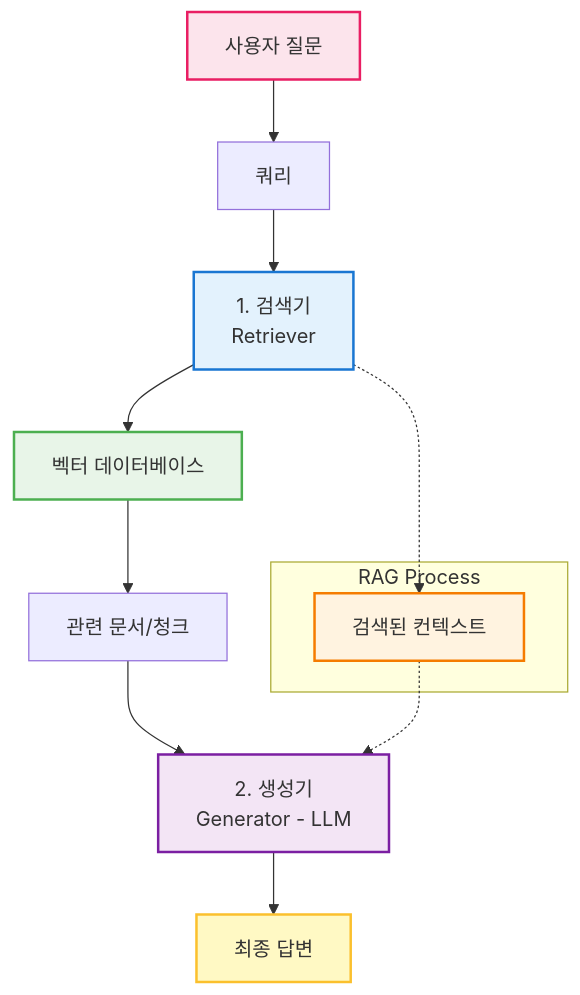
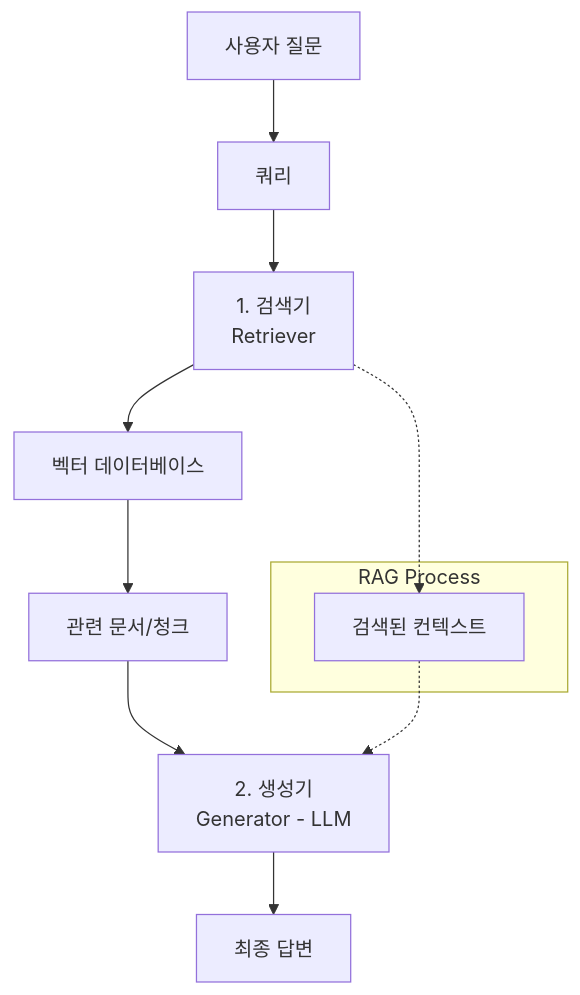
The diagram in docs/4-대규모-언어-모델-llm/4-4-응용-and-태스크/question-answering-and-retrieval-qa.md (harimkang/ai-engineer-guide), drawn with Mermaid before and after one commit. The commit also changed 45 other files, not shown here.

````diff
--- a/docs/4-대규모-언어-모델-llm/4-4-응용-and-태스크/question-answering-and-retrieval-qa.md
+++ b/docs/4-대규모-언어-모델-llm/4-4-응용-and-태스크/question-answering-and-retrieval-qa.md
@@ -30,23 +30,16 @@
 ```mermaid
 graph TD
     User[사용자 질문] --> Query[쿼리]
     Query --> Retriever[1. 검색기<br/>Retriever]
     Retriever --> VectorDB[벡터 데이터베이스]
     VectorDB --> RelevantDocs[관련 문서/청크]
     RelevantDocs --> Generator[2. 생성기<br/>Generator - LLM]
     Generator --> Answer[최종 답변]
 
     subgraph "RAG Process"
         Context[검색된 컨텍스트]
     end
 
     Retriever -.-> Context
     Context -.-> Generator
-
-    style User fill:#fce4ec,stroke:#e91e63,stroke-width:2px
-    style Retriever fill:#e3f2fd,stroke:#1976d2,stroke-width:2px
-    style VectorDB fill:#e8f5e8,stroke:#4caf50,stroke-width:2px
-    style Generator fill:#f3e5f5,stroke:#7b1fa2,stroke-width:2px
-    style Answer fill:#fff9c4,stroke:#fbc02d,stroke-width:2px
-    style Context fill:#fff3e0,stroke:#f57c00,stroke-width:2px
 ```
````
